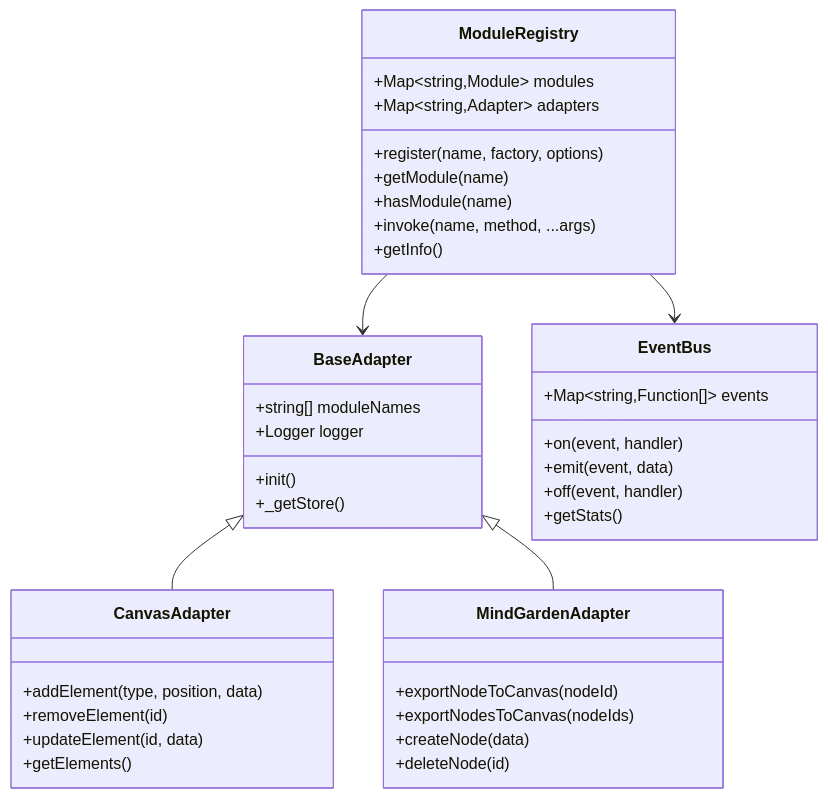
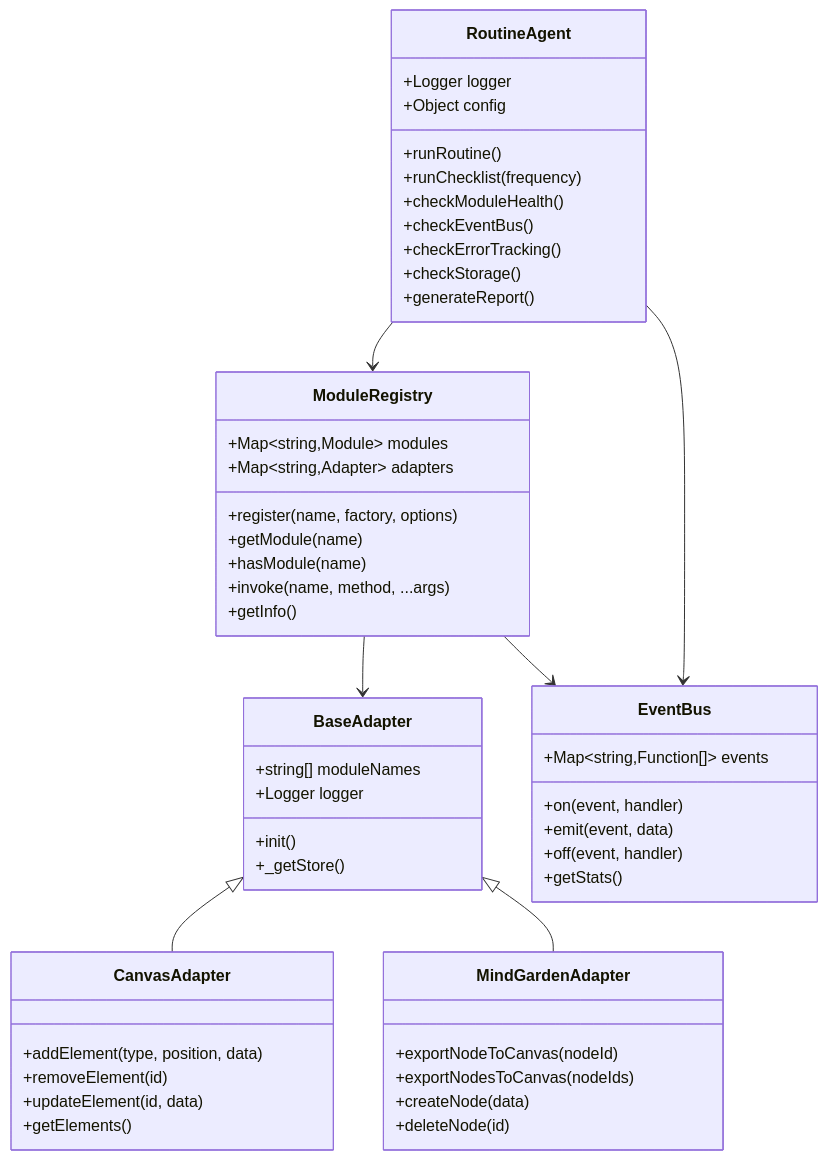
The third of 16 diagrams in docs/architecture/VISUAL_ARCHITECTURE.md (PRicaldone/atelier), drawn with Mermaid before and after one commit. The commit also changed other lines of this file and 8 other files, not shown here.

Commit message:
📚 DOCUMENTATION COMPLETE: Updated architecture docs with Atelier Routine Agent - comprehensive visual diagrams and integration details

````diff
--- a/docs/architecture/VISUAL_ARCHITECTURE.md
+++ b/docs/architecture/VISUAL_ARCHITECTURE.md
@@ -93,46 +107,60 @@
 ```mermaid
 classDiagram
     class ModuleRegistry {
         +Map~string,Module~ modules
         +Map~string,Adapter~ adapters
         +register(name, factory, options)
         +getModule(name)
         +hasModule(name)
         +invoke(name, method, ...args)
         +getInfo()
     }
 
     class BaseAdapter {
         +string[] moduleNames
         +Logger logger
         +init()
         +_getStore()
     }
 
     class CanvasAdapter {
         +addElement(type, position, data)
         +removeElement(id)
         +updateElement(id, data)
         +getElements()
     }
 
     class MindGardenAdapter {
         +exportNodeToCanvas(nodeId)
         +exportNodesToCanvas(nodeIds)
         +createNode(data)
         +deleteNode(id)
     }
 
     class EventBus {
         +Map~string,Function[]~ events
         +on(event, handler)
         +emit(event, data)
         +off(event, handler)
         +getStats()
     }
 
+    class RoutineAgent {
+        +Logger logger
+        +Object config
+        +runRoutine()
+        +runChecklist(frequency)
+        +checkModuleHealth()
+        +checkEventBus()
+        +checkErrorTracking()
+        +checkStorage()
+        +generateReport()
+    }
+
     ModuleRegistry --> BaseAdapter
     BaseAdapter <|-- CanvasAdapter
     BaseAdapter <|-- MindGardenAdapter
     ModuleRegistry --> EventBus
+    RoutineAgent --> ModuleRegistry
+    RoutineAgent --> EventBus
 ```
````
